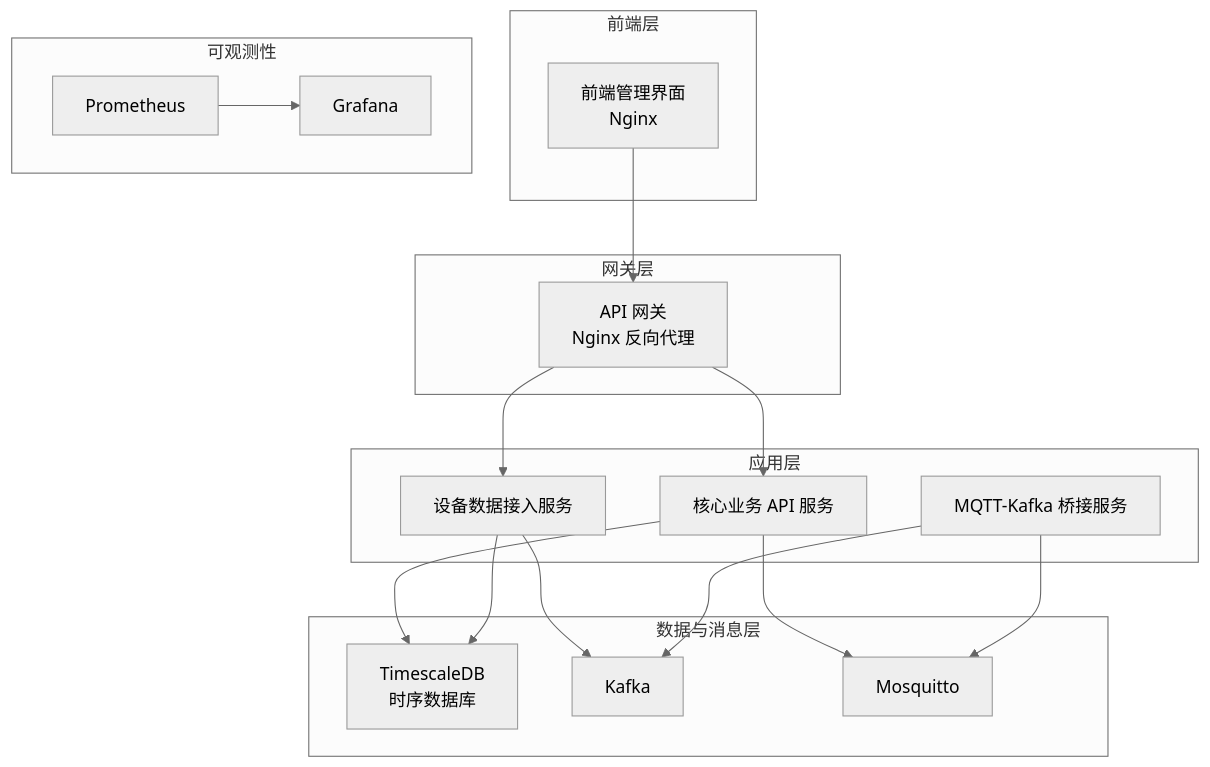
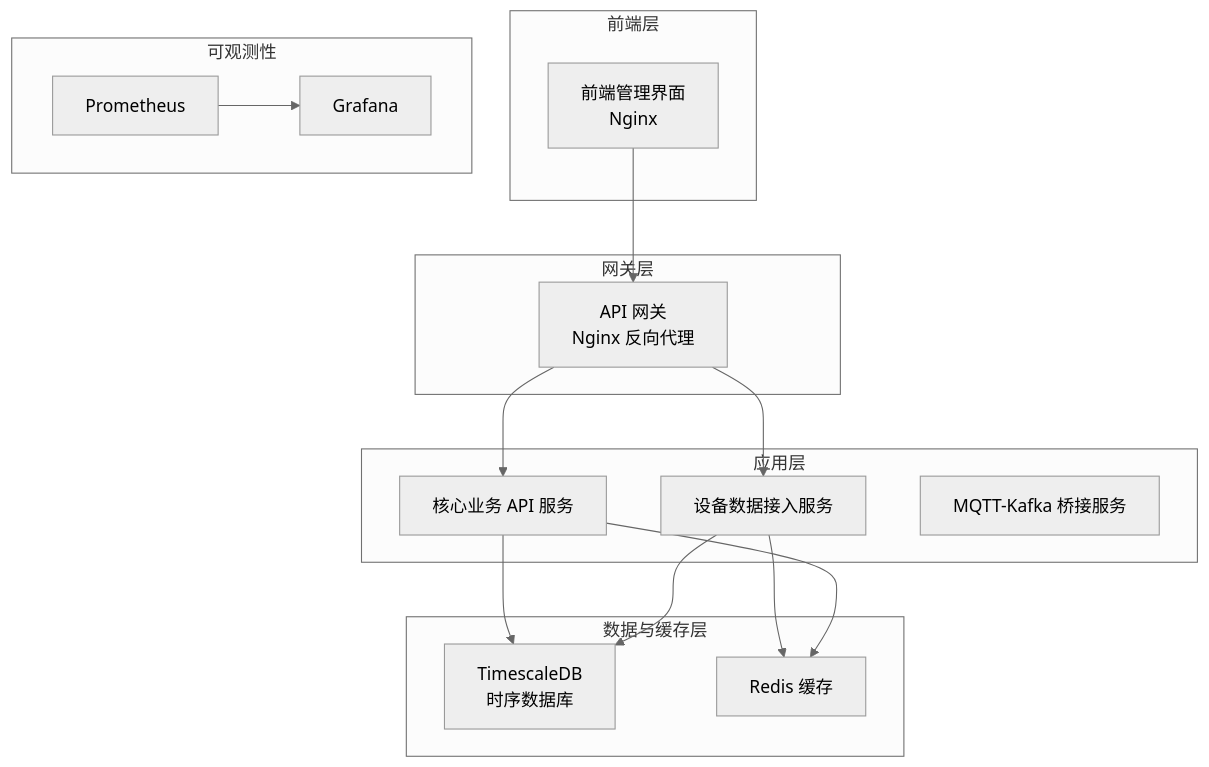
Before and after one commit to mcmrzy/cs_inv_monitor-develop: the first of 3 diagrams in .qoder/repowiki/zh/content/部署与运维/容器化部署.md, drawn with Mermaid (neutral theme). The commit also changed other lines of this file and 88 other files, not shown here.

````diff
--- a/.qoder/repowiki/zh/content/部署与运维/容器化部署.md
+++ b/.qoder/repowiki/zh/content/部署与运维/容器化部署.md
@@ -68,33 +81,30 @@
 ```mermaid
 graph TB
 subgraph "前端层"
 FE["前端管理界面<br/>Nginx"]
 end
 subgraph "网关层"
 GW["API 网关<br/>Nginx 反向代理"]
 end
 subgraph "应用层"
 API["核心业务 API 服务"]
 DEV["设备数据接入服务"]
 BRIDGE["MQTT-Kafka 桥接服务"]
 end
-subgraph "数据与消息层"
+subgraph "数据与缓存层"
 DB["TimescaleDB<br/>时序数据库"]
-KAFKA["Kafka"]
-MQTT["Mosquitto"]
+REDIS["Redis 缓存"]
 end
 subgraph "可观测性"
 PROM["Prometheus"]
 GRAF["Grafana"]
 end
 FE --> GW
 GW --> API
 GW --> DEV
-DEV --> KAFKA
-BRIDGE --> KAFKA
+DEV --> REDIS
 API --> DB
 DEV --> DB
-API --> MQTT
-BRIDGE --> MQTT
+API --> REDIS
 PROM --> GRAF
 ```
````
